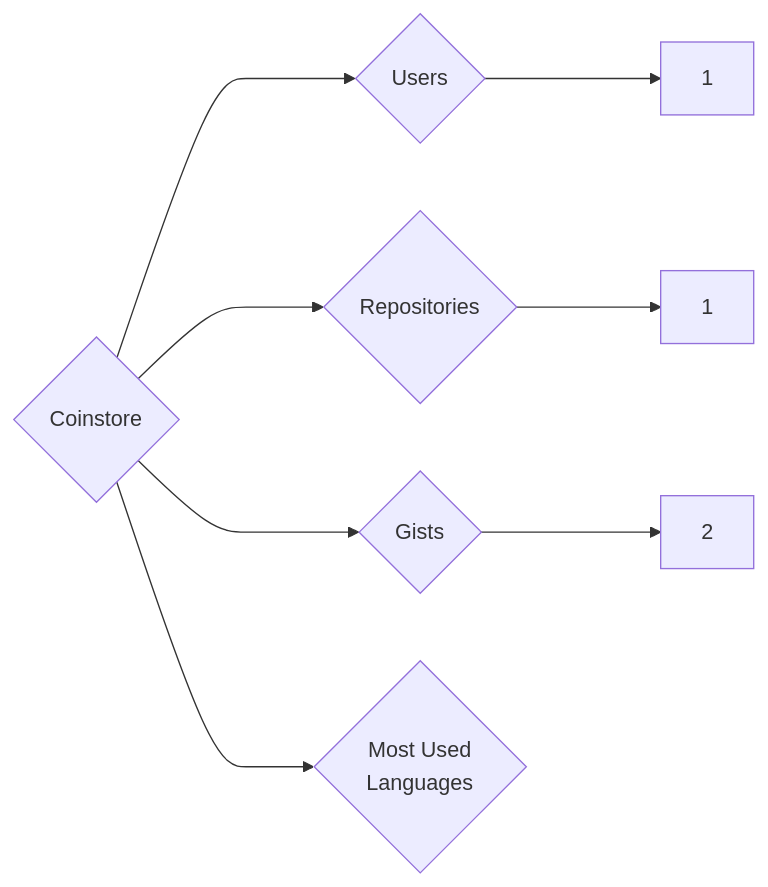
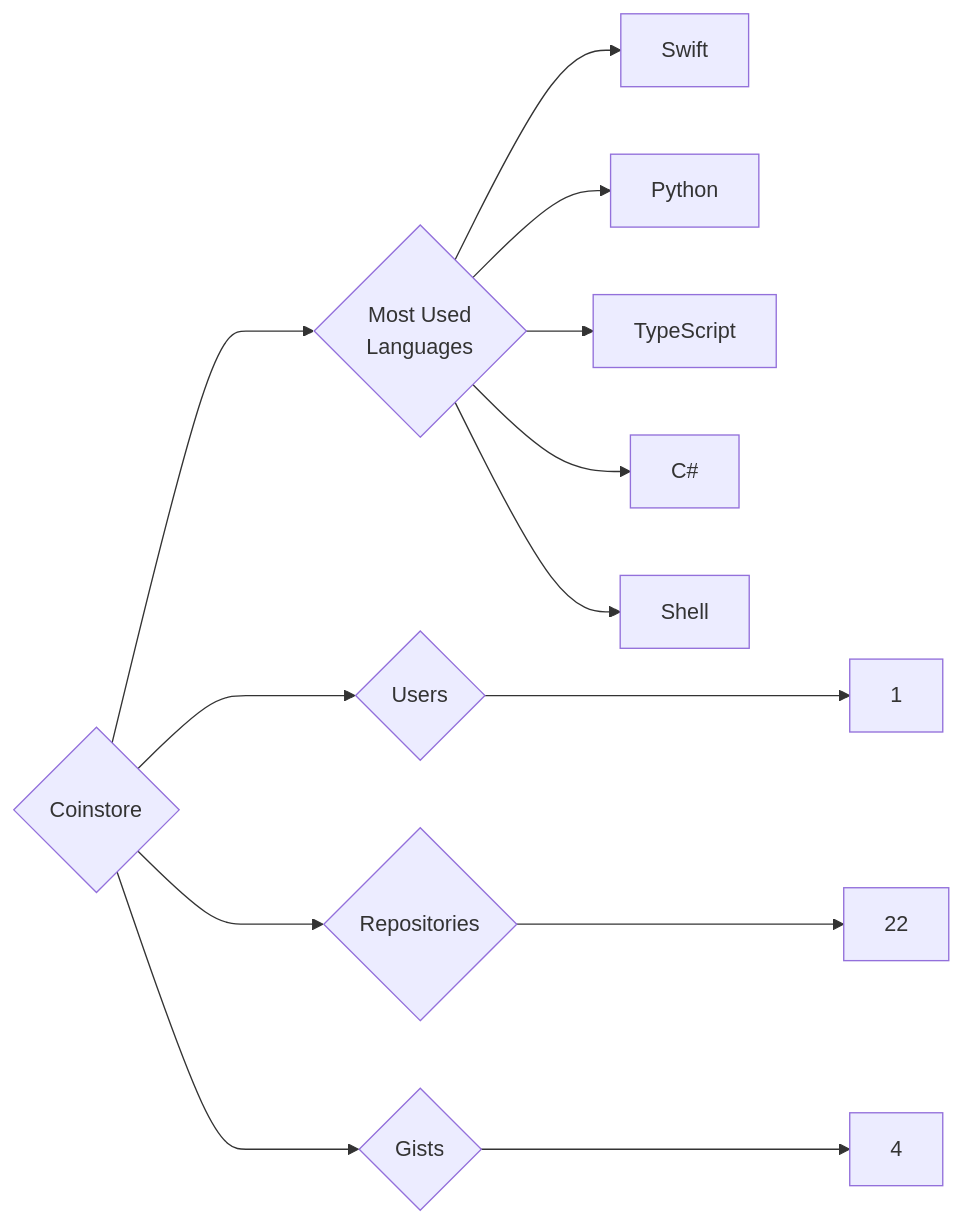
One commit to trickest/insiders changed the diagram in targets/Coinstore/README.md. Above: the diagram before and after it, drawn with Mermaid. The commit also changed 724 other files, not shown here.

````diff
--- a/targets/Coinstore/README.md
+++ b/targets/Coinstore/README.md
@@ -3,8 +3,13 @@
 ```mermaid
 graph LR
 COMPANY_NAME{Coinstore}
 COMPANY_NAME ---> U{Users} ---> UN[1]
-COMPANY_NAME ---> R{Repositories} ---> RN[1]
-COMPANY_NAME ---> G{Gists} ---> GN[2]
+COMPANY_NAME ---> R{Repositories} ---> RN[22]
+COMPANY_NAME ---> G{Gists} ---> GN[4]
 COMPANY_NAME ---> ML{Most Used<br>Languages}
+ML --> Swift[Swift]
+ML --> Python[Python]
+ML --> TypeScript[TypeScript]
+ML --> C#[C#]
+ML --> Shell[Shell]
 ```
````
